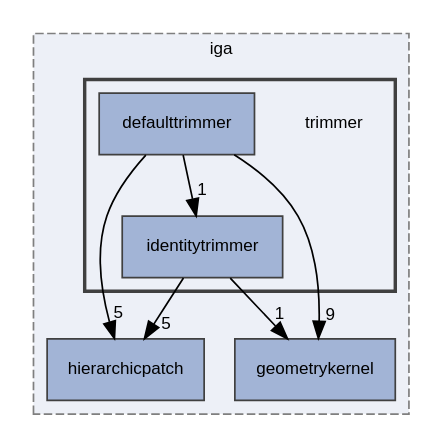
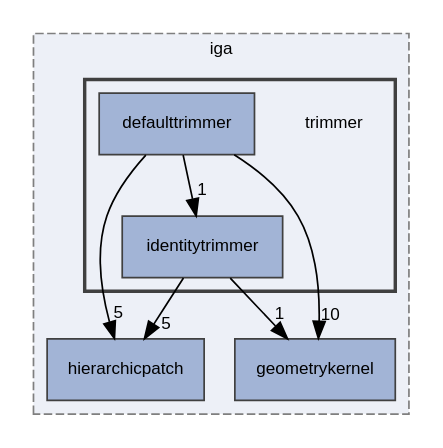
The diagram in dir_7d0c370ab440c4b4f78419bfc8c93eb8_dep.dot (rath3t/dune-iga-doc), drawn with Graphviz before and after one commit. The commit also changed 1792 other files, not shown here.

```diff
--- a/dir_7d0c370ab440c4b4f78419bfc8c93eb8_dep.dot
+++ b/dir_7d0c370ab440c4b4f78419bfc8c93eb8_dep.dot
@@ -1,23 +1,23 @@
 digraph "trimmer"
 {
  // LATEX_PDF_SIZE
   edge [fontname="Helvetica",fontsize="10",labelfontname="Helvetica",labelfontsize="10"];
   node [fontname="Helvetica",fontsize="10",shape=record];
   compound=true
   subgraph clusterdir_d2a3c23294a1b1015b1b8e8721ddded8 {
     graph [ bgcolor="#edf0f7", pencolor="grey50", style="filled,dashed,", label="iga", fontname="Helvetica", fontsize="10", URL="dir_d2a3c23294a1b1015b1b8e8721ddded8.html"]
   dir_12fc9e68aad46ae2d80ba50ef1c96d76 [shape=box, label="hierarchicpatch", style="filled,", fillcolor="#a2b4d6", color="grey25", URL="dir_12fc9e68aad46ae2d80ba50ef1c96d76.html"];
   dir_98571e7345f7327fea7723ec1a12d870 [shape=box, label="geometrykernel", style="filled,", fillcolor="#a2b4d6", color="grey25", URL="dir_98571e7345f7327fea7723ec1a12d870.html"];
   subgraph clusterdir_7d0c370ab440c4b4f78419bfc8c93eb8 {
     graph [ bgcolor="#edf0f7", pencolor="grey25", style="filled,bold,", label="", fontname="Helvetica", fontsize="10", URL="dir_7d0c370ab440c4b4f78419bfc8c93eb8.html"]
     dir_7d0c370ab440c4b4f78419bfc8c93eb8 [shape=plaintext, label="trimmer"];
   dir_265321845ed2650d675b22a94b62262d [shape=box, label="defaulttrimmer", style="filled,", fillcolor="#a2b4d6", color="grey25", URL="dir_265321845ed2650d675b22a94b62262d.html"];
   dir_aa3557bd66a6784b3b9e663253e8d0ba [shape=box, label="identitytrimmer", style="filled,", fillcolor="#a2b4d6", color="grey25", URL="dir_aa3557bd66a6784b3b9e663253e8d0ba.html"];
   }
   }
   dir_265321845ed2650d675b22a94b62262d->dir_12fc9e68aad46ae2d80ba50ef1c96d76 [headlabel="5", labeldistance=1.5 headhref="dir_000001_000007.html"];
-  dir_265321845ed2650d675b22a94b62262d->dir_98571e7345f7327fea7723ec1a12d870 [headlabel="9", labeldistance=1.5 headhref="dir_000001_000006.html"];
+  dir_265321845ed2650d675b22a94b62262d->dir_98571e7345f7327fea7723ec1a12d870 [headlabel="10", labeldistance=1.5 headhref="dir_000001_000006.html"];
   dir_265321845ed2650d675b22a94b62262d->dir_aa3557bd66a6784b3b9e663253e8d0ba [headlabel="1", labeldistance=1.5 headhref="dir_000001_000009.html"];
   dir_aa3557bd66a6784b3b9e663253e8d0ba->dir_12fc9e68aad46ae2d80ba50ef1c96d76 [headlabel="5", labeldistance=1.5 headhref="dir_000009_000007.html"];
   dir_aa3557bd66a6784b3b9e663253e8d0ba->dir_98571e7345f7327fea7723ec1a12d870 [headlabel="1", labeldistance=1.5 headhref="dir_000009_000006.html"];
 }
```
